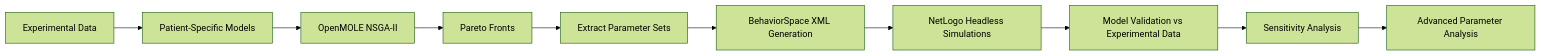
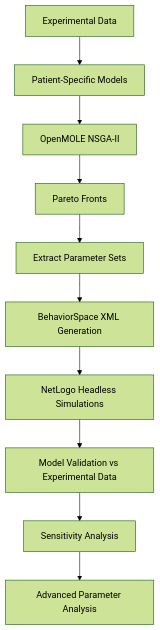
The diagram in 04_Postdoc_INSERM/01/README_NEW2.md (Ninouchkaia/portfolio), drawn with Mermaid (forest theme) before and after one commit.

Commit message:
update abm

````diff
--- a/04_Postdoc_INSERM/01/README_NEW2.md
+++ b/04_Postdoc_INSERM/01/README_NEW2.md
@@ -256,12 +256,12 @@
 ```mermaid
-flowchart LR;
+graph TD;;
     A[Experimental Data] --> B[Patient-Specific Models];
     B --> C[OpenMOLE NSGA-II];
     C --> D[Pareto Fronts];
     D --> E[Extract Parameter Sets];
     E --> F[BehaviorSpace XML Generation];
     F --> G[NetLogo Headless Simulations];
     G --> H[Model Validation vs Experimental Data];
     H --> I[Sensitivity Analysis];
     I --> J[Advanced Parameter Analysis];
 ```
````
